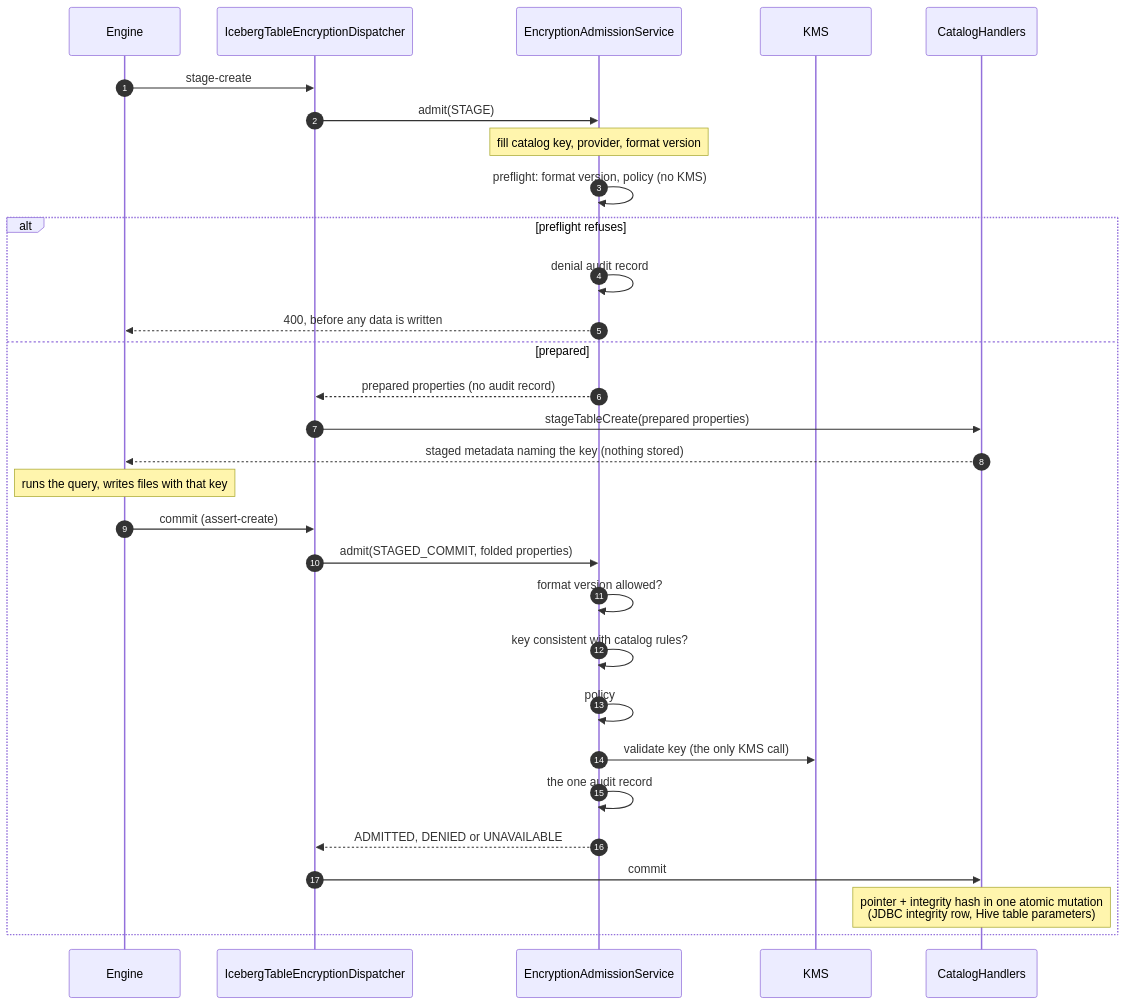
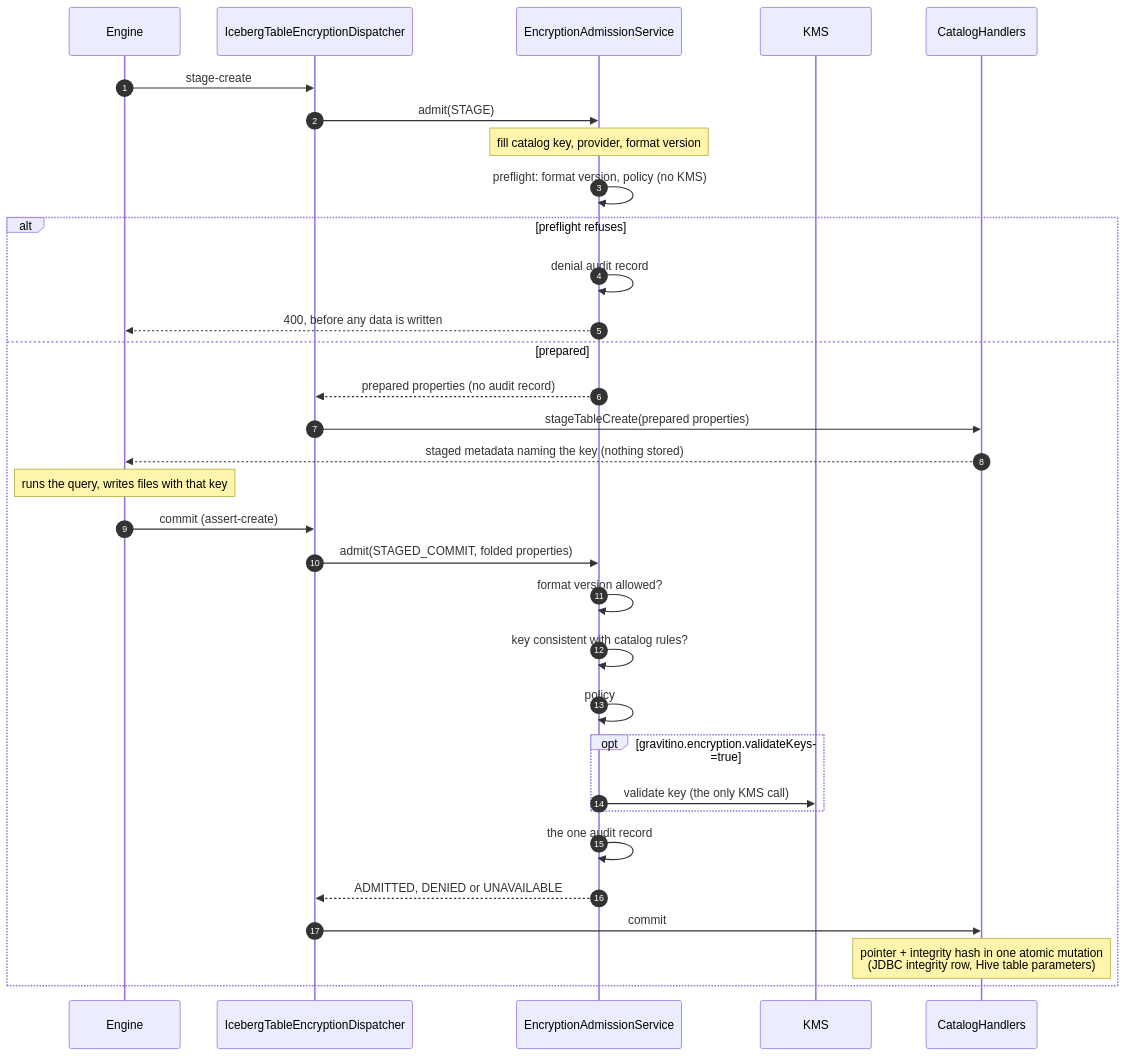
Before and after one commit to danhuawang/gravitino: the first of 3 diagrams in design-docs/iceberg-table-encryption/design-stage-create-ctas.md, drawn with Mermaid. The commit also changed other lines of this file and 22 other files, not shown here.

First line of the commit message:
[Cherry-pick to branch-1.3] [#2179] feat(encryption): make server-side KMS key validation opt-in (#2240)

````diff
--- a/design-docs/iceberg-table-encryption/design-stage-create-ctas.md
+++ b/design-docs/iceberg-table-encryption/design-stage-create-ctas.md
@@ -51,32 +52,34 @@
 ```mermaid
 sequenceDiagram
   autonumber
   participant E as Engine
   participant D as IcebergTableEncryptionDispatcher
   participant A as EncryptionAdmissionService
   participant K as KMS
   participant H as CatalogHandlers
   E->>D: stage-create
   D->>A: admit(STAGE)
   Note over A: fill catalog key, provider, format version
   A->>A: preflight: format version, policy (no KMS)
   alt preflight refuses
     A->>A: denial audit record
     A-->>E: 400, before any data is written
   else prepared
     A-->>D: prepared properties (no audit record)
     D->>H: stageTableCreate(prepared properties)
     H-->>E: staged metadata naming the key (nothing stored)
     Note over E: runs the query, writes files with that key
     E->>D: commit (assert-create)
     D->>A: admit(STAGED_COMMIT, folded properties)
     A->>A: format version allowed?
     A->>A: key consistent with catalog rules?
     A->>A: policy
-    A->>K: validate key (the only KMS call)
+    opt gravitino.encryption.validateKeys=true
+      A->>K: validate key (the only KMS call)
+    end
     A->>A: the one audit record
     A-->>D: ADMITTED, DENIED or UNAVAILABLE
     D->>H: commit
     Note over H: pointer + integrity hash in one atomic mutation<br/>(JDBC integrity row, Hive table parameters)
   end
 ```
````
